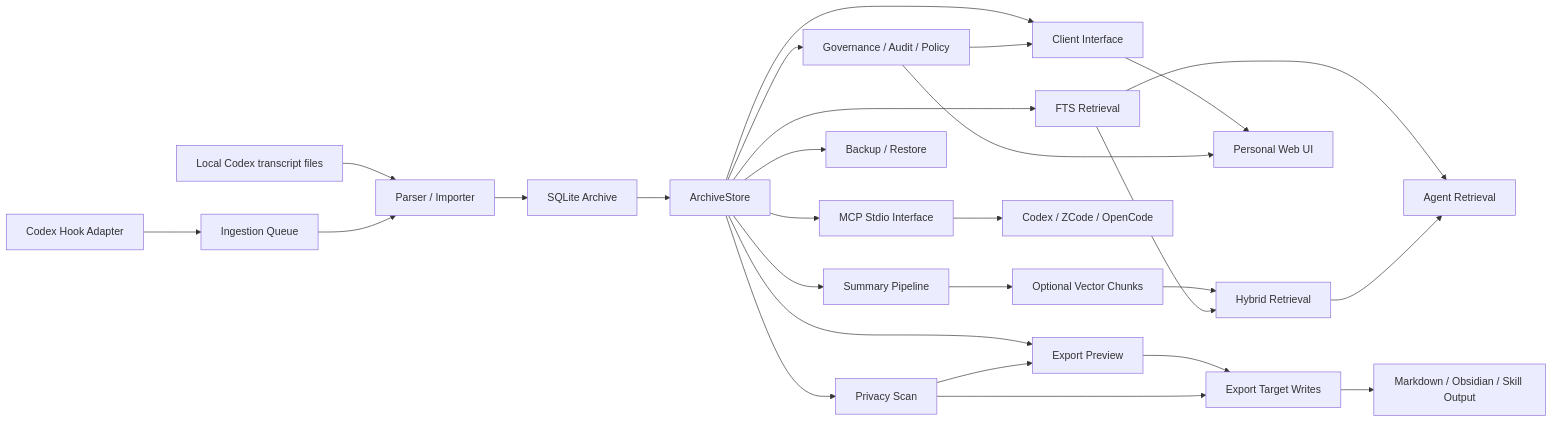
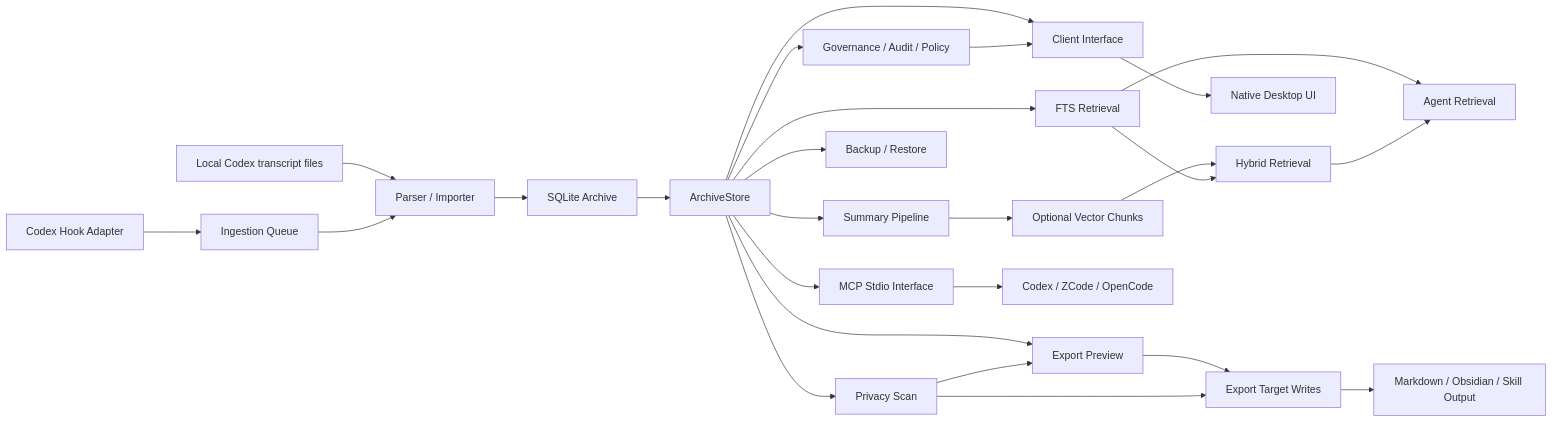
One commit to Taurusxw/ThreadVault changed the diagram in docs/KNOWLEDGE_GRAPH.md. Above: the diagram before and after it, drawn with Mermaid. The commit also changed other lines of this file and 54 other files, not shown here.

````diff
--- a/docs/KNOWLEDGE_GRAPH.md
+++ b/docs/KNOWLEDGE_GRAPH.md
@@ -17,33 +17,32 @@
 ```mermaid
 flowchart LR
   Codex["Local Codex transcript files"] --> Parser["Parser / Importer"]
   Parser --> Archive["SQLite Archive"]
   Hooks["Codex Hook Adapter"] --> Queue["Ingestion Queue"]
   Queue --> Parser
 
   Archive --> Store["ArchiveStore"]
   Store --> Search["FTS Retrieval"]
   Store --> Summary["Summary Pipeline"]
   Summary --> Vector["Optional Vector Chunks"]
   Search --> Agent["Agent Retrieval"]
   Vector --> Hybrid["Hybrid Retrieval"]
   Search --> Hybrid
   Hybrid --> Agent
 
   Store --> Client["Client Interface"]
-  Client --> UI["Personal Web UI"]
+  Client --> Desktop["Native Desktop UI"]
   Store --> MCP["MCP Stdio Interface"]
   MCP --> ExternalAgents["Codex / ZCode / OpenCode"]
   Store --> ExportPreview["Export Preview"]
   ExportPreview --> ExportWrite["Export Target Writes"]
   ExportWrite --> Output["Markdown / Obsidian / Skill Output"]
 
   Store --> Privacy["Privacy Scan"]
   Privacy --> ExportPreview
   Privacy --> ExportWrite
 
   Store --> Backup["Backup / Restore"]
   Store --> Governance["Governance / Audit / Policy"]
-  Governance --> UI
   Governance --> Client
 ```
````
